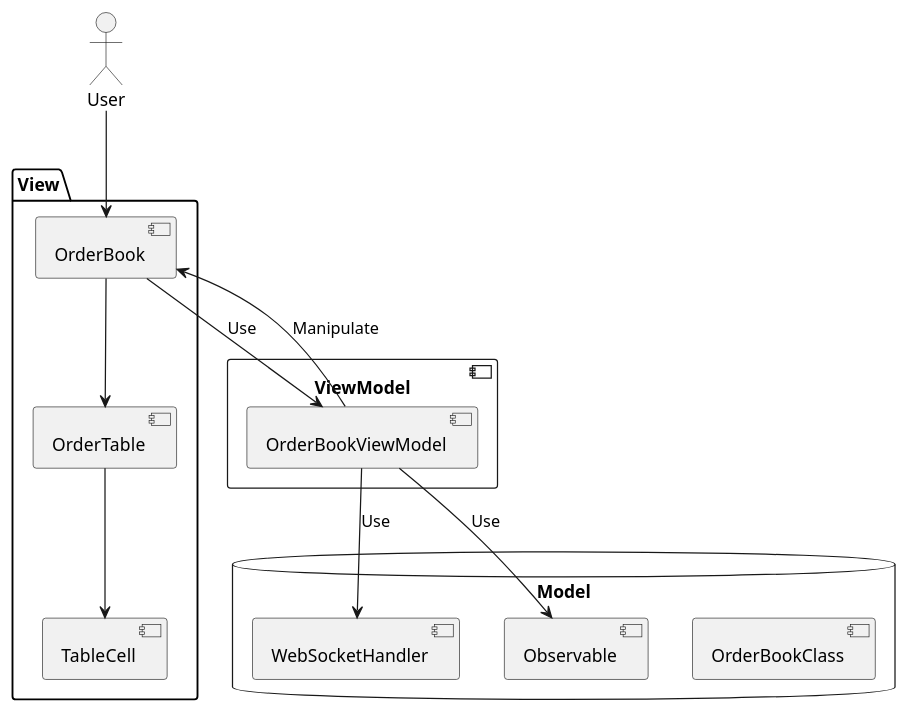
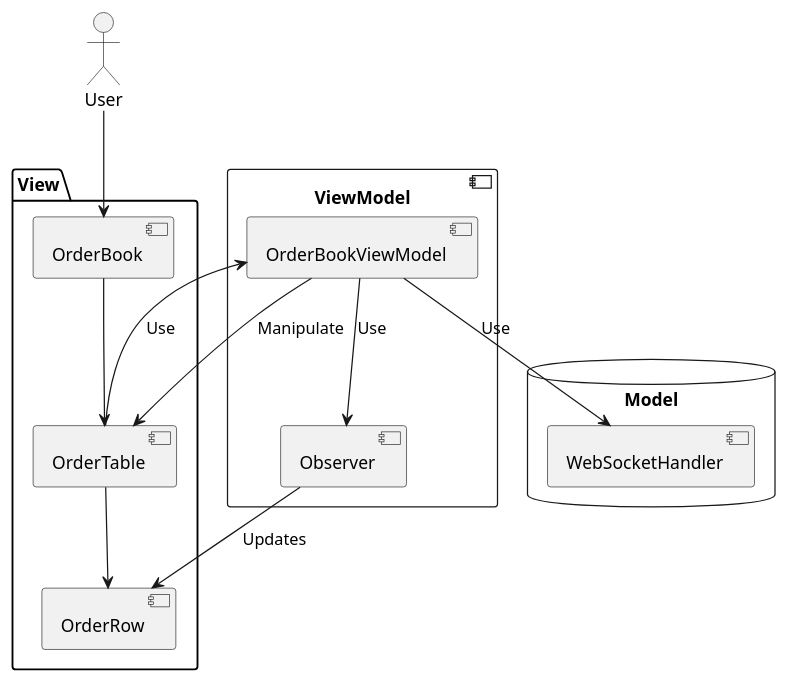
Before and after one commit to Evgeny81/order-books: the diagram in architecture-uml.puml, drawn with PlantUML. The commit also changed 6 other files, not shown here.

```diff
--- a/architecture-uml.puml
+++ b/architecture-uml.puml
@@ -1,30 +1,31 @@
 @startuml
 actor User
 
 package "View" {
   [OrderBook]
   [OrderTable]
-  [TableCell]
+  [OrderRow]
 }
 
 database "Model" {
-  [OrderBookClass]
   [WebSocketHandler]
-  [Observable]
 }
 
 component "ViewModel" {
   [OrderBookViewModel]
+  [Observer]
 }
 
 User --> [OrderBook]
 [OrderBook] --> [OrderTable]
-[OrderTable] --> [TableCell]
+[OrderTable] --> [OrderRow]
 
-[OrderBook] --> [OrderBookViewModel] : Use
+[OrderTable] --> [OrderBookViewModel] : Use
 
-[OrderBookViewModel] --> [OrderBook] : Manipulate
+[OrderBookViewModel] --> [OrderTable] : Manipulate
 [OrderBookViewModel] --> [WebSocketHandler] : Use
-[OrderBookViewModel] --> [Observable] : Use
+[OrderBookViewModel] --> [Observer] : Use
+
+[Observer] --> [OrderRow] : Updates
 
 @enduml
```
